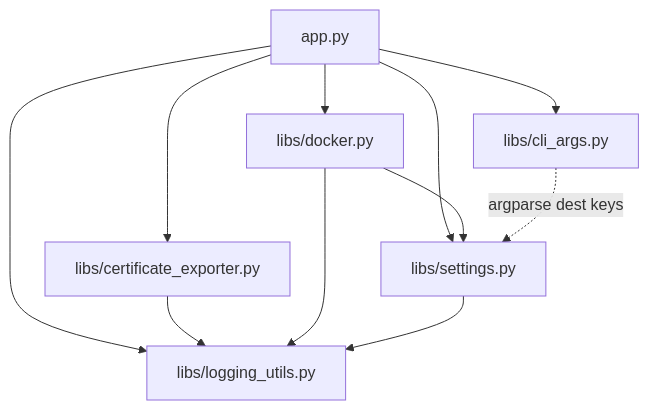
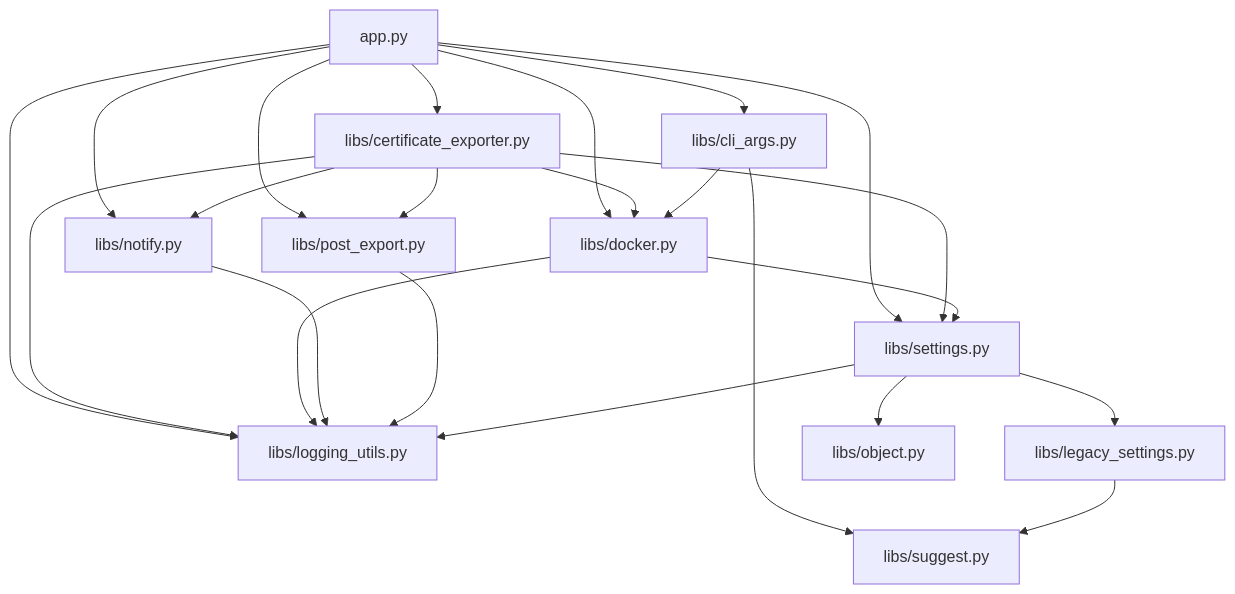
The first of 2 diagrams in _bmad-output/planning-artifacts/architecture/architecture-traefik-certificate-exporter-2026-08-30/ARCHITECTURE-SPINE.md (ravensorb/traefik-certificate-exporter), drawn with Mermaid before and after one commit. The commit also changed other lines of this file and 54 other files, not shown here.

````diff
--- a/_bmad-output/planning-artifacts/architecture/architecture-traefik-certificate-exporter-2026-08-30/ARCHITECTURE-SPINE.md
+++ b/_bmad-output/planning-artifacts/architecture/architecture-traefik-certificate-exporter-2026-08-30/ARCHITECTURE-SPINE.md
@@ -42,13 +53,25 @@
 ```mermaid
 graph TD
   app[app.py] --> exporter[libs/certificate_exporter.py]
   app --> docker[libs/docker.py]
+  app --> notify[libs/notify.py]
+  app --> hook[libs/post_export.py]
   app --> settings[libs/settings.py]
-  app --> logging[libs/logging_utils.py]
   app --> cli[libs/cli_args.py]
-  exporter --> logging
+  app --> log[libs/logging_utils.py]
+  exporter --> docker
+  exporter --> notify
+  exporter --> hook
+  exporter --> settings
+  exporter --> log
   docker --> settings
-  docker --> logging
-  settings --> logging
-  cli -.->|argparse dest keys| settings
+  docker --> log
+  notify --> log
+  hook --> log
+  cli --> docker
+  cli --> suggest[libs/suggest.py]
+  settings --> legacy[libs/legacy_settings.py]
+  settings --> obj[libs/object.py]
+  settings --> log
+  legacy --> suggest
 ```
````
